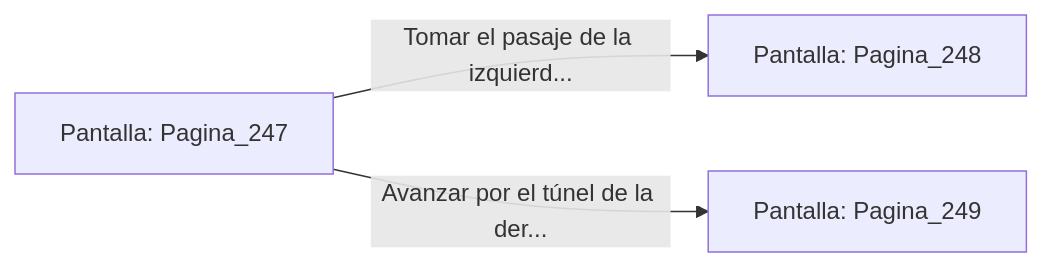
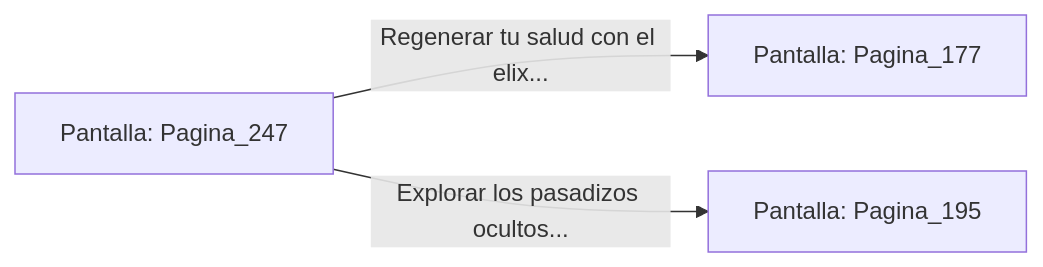
Before and after one commit to metsuke/mpl: the diagram in sample/eligejuego-vault/Pantalla_Pagina_247.md, drawn with Mermaid. The commit also changed other lines of this file and 635 other files, not shown here.

First line of the commit message:
fix: añadir Pagina_1 como pantalla inicial en capitulo_01.mpl

````diff
--- a/sample/eligejuego-vault/Pantalla_Pagina_247.md
+++ b/sample/eligejuego-vault/Pantalla_Pagina_247.md
@@ -20,6 +24,6 @@
 ```mermaid
 graph LR
     P_Pagina_247["Pantalla: Pagina_247"]
-    P_Pagina_247 -->|"Tomar el pasaje de la izquierd..."| P_Pagina_248["Pantalla: Pagina_248"]
-    P_Pagina_247 -->|"Avanzar por el túnel de la der..."| P_Pagina_249["Pantalla: Pagina_249"]
+    P_Pagina_247 -->|"Regenerar tu salud con el elix..."| P_Pagina_177["Pantalla: Pagina_177"]
+    P_Pagina_247 -->|"Explorar los pasadizos ocultos..."| P_Pagina_195["Pantalla: Pagina_195"]
 ```
````
